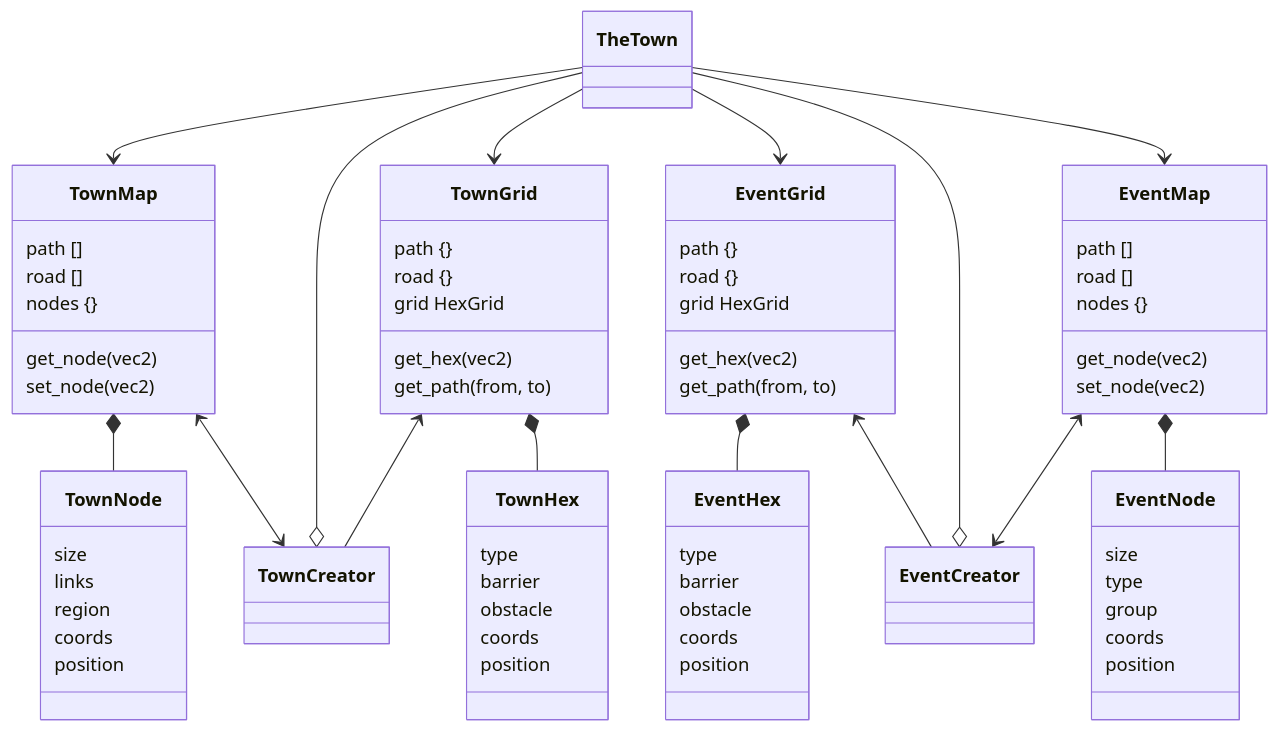
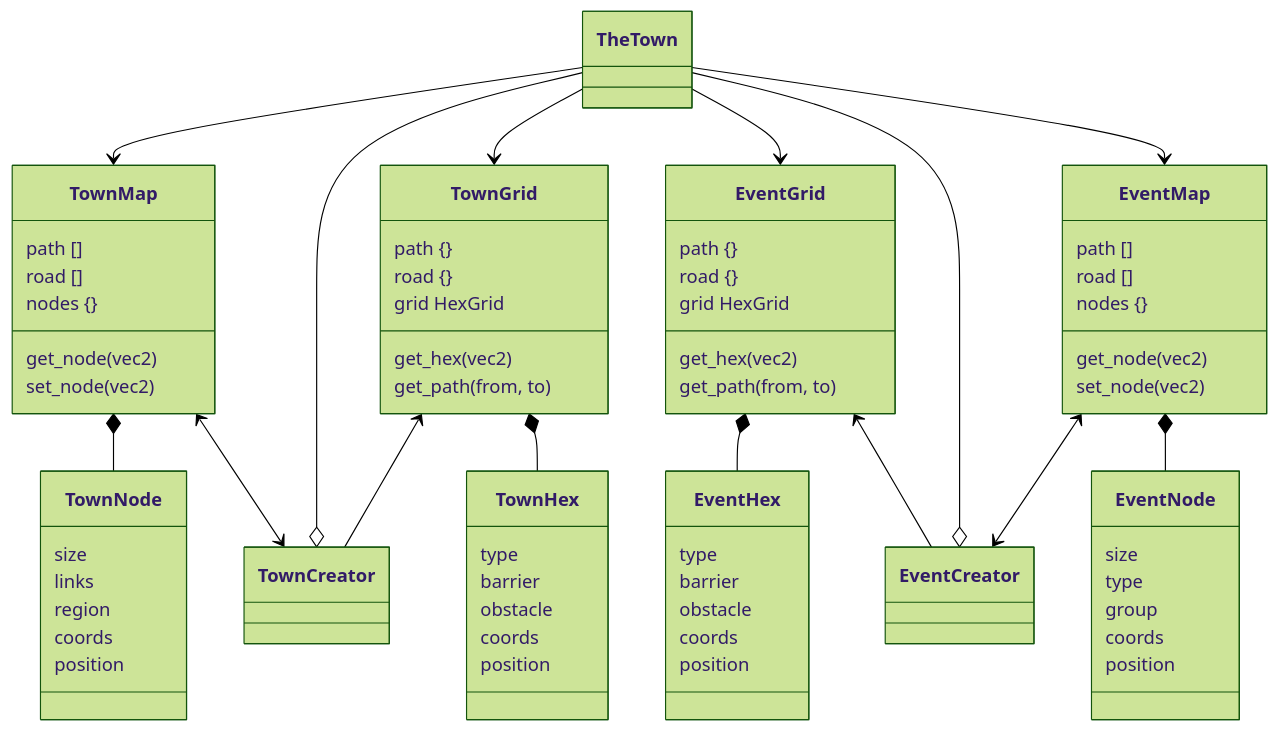
One commit to game-jam-it/game-off-docs changed the first of 3 diagrams in town-map.md. Above: the diagram before and after it, drawn with Mermaid. The commit also changed other lines of this file, not shown here.

````diff
--- a/town-map.md
+++ b/town-map.md
@@ -25,69 +25,70 @@
 ```mermaid
+%%{init: { 'theme': 'forest', 'darkMode': true } }%%
 classDiagram
 TheTown --> TownMap
 TheTown --> TownGrid
 TheTown --> EventGrid
 TheTown --> EventMap
 
 TownMap *-- TownNode
 TownGrid *-- TownHex
 
 EventMap *-- EventNode
 EventGrid *-- EventHex
 
 TownMap <--> TownCreator
 TheTown --o TownCreator
 TownGrid <-- TownCreator
 
 EventGrid <-- EventCreator
 TheTown --o EventCreator
 EventMap <--> EventCreator
 
 TownMap : path []
 TownMap : road []
 TownMap : nodes {}
 TownMap : get_node(vec2) 
 TownMap : set_node(vec2)
 
 TownGrid : path {}
 TownGrid : road {}
 TownGrid : grid HexGrid
 TownGrid : get_hex(vec2)
 TownGrid : get_path(from, to)
 
 EventMap : path []
 EventMap : road []
 EventMap : nodes {}
 EventMap : get_node(vec2)
 EventMap : set_node(vec2) 
 
 EventGrid : path {}
 EventGrid : road {}
 EventGrid : grid HexGrid
 EventGrid : get_hex(vec2)
 EventGrid : get_path(from, to)
 
 TownHex : type
 TownHex : barrier
 TownHex : obstacle
 TownHex : coords
 TownHex : position
 
 TownNode : size
 TownNode : links
 TownNode : region
 TownNode : coords
 TownNode : position
 
 EventHex : type
 EventHex : barrier
 EventHex : obstacle
 EventHex : coords
 EventHex : position
 
 EventNode : size
 EventNode : type
 EventNode : group
 EventNode : coords
 EventNode : position
 ```
````
